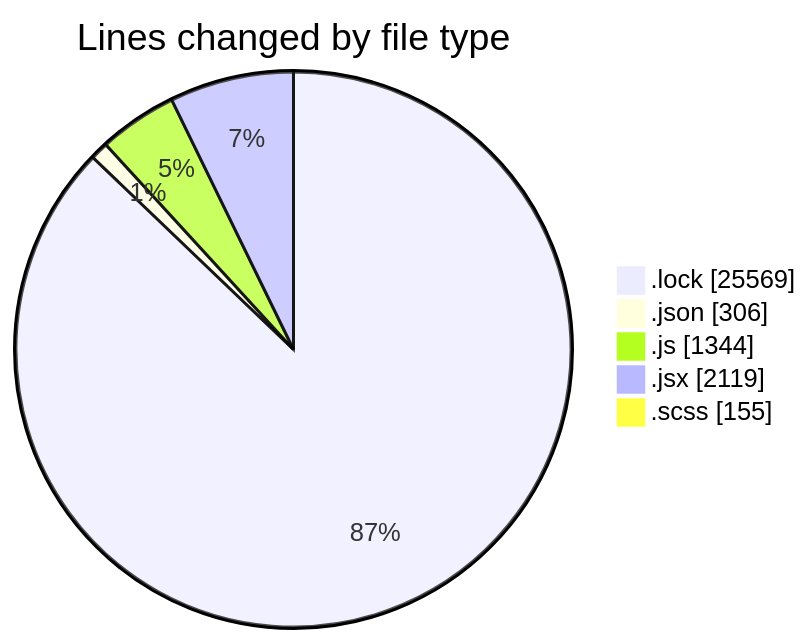
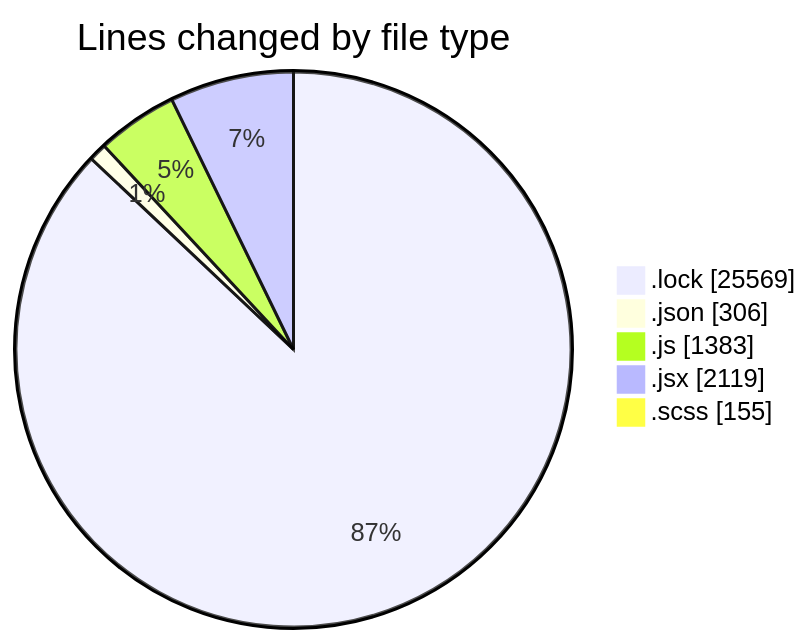
Before and after one commit to momahboobian/code-tracking: the first of 2 diagrams in 2026-01-07/cda/README.md, drawn with Mermaid. The commit also changed other lines of this file and 1 other file, not shown here.

````diff
--- a/2026-01-07/cda/README.md
+++ b/2026-01-07/cda/README.md
@@ -47,9 +48,9 @@
 ```mermaid
 pie showData
 title Lines changed by file type
 ".lock" : 25569
 ".json" : 306
-".js" : 1344
+".js" : 1383
 ".jsx" : 2119
 ".scss" : 155
 ```
````
